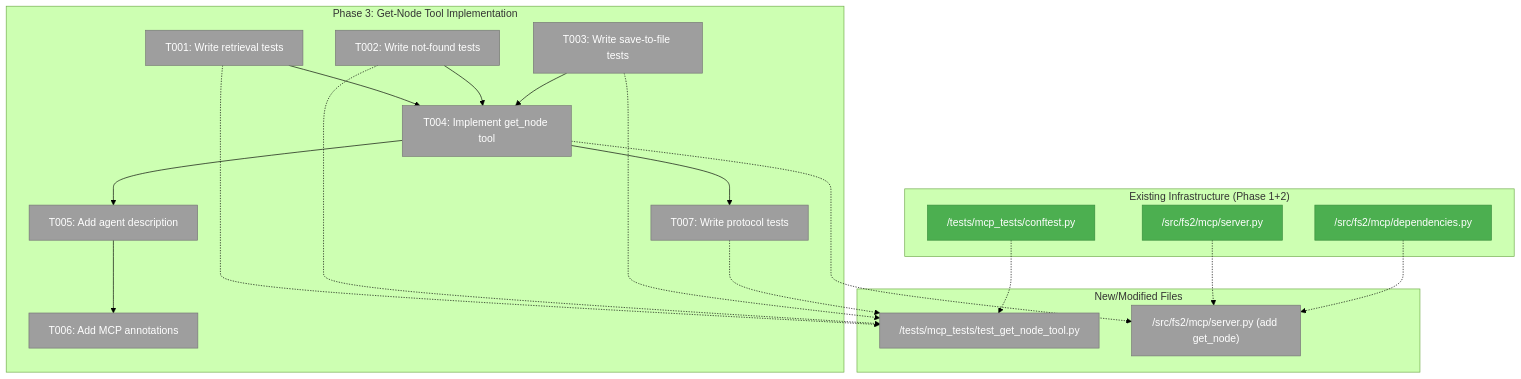
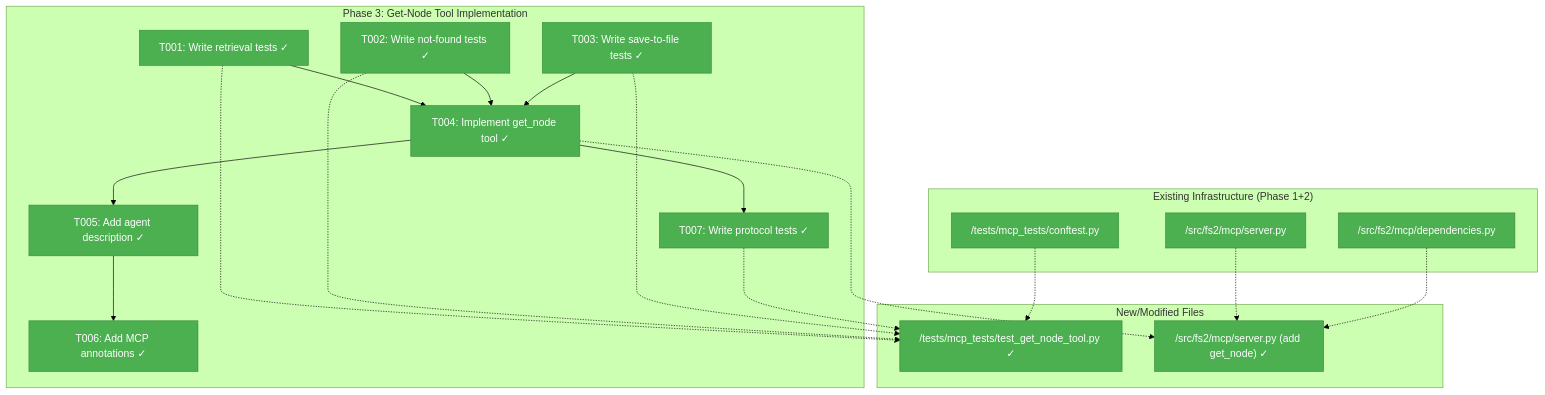
Before and after one commit to AI-Substrate/flow_squared: the first of 3 diagrams in docs/plans/011-mcp/tasks/phase-3-get-node-tool-implementation/tasks.md, drawn with Mermaid (forest theme). The commit also changed other lines of this file and 5 other files, not shown here.

First line of the commit message:
Implement Phase 3: Get-Node Tool with Full TDD Compliance

````diff
--- a/docs/plans/011-mcp/tasks/phase-3-get-node-tool-implementation/tasks.md
+++ b/docs/plans/011-mcp/tasks/phase-3-get-node-tool-implementation/tasks.md
@@ -94,44 +124,44 @@
 ```mermaid
 flowchart TD
     classDef pending fill:#9E9E9E,stroke:#757575,color:#fff
     classDef inprogress fill:#FF9800,stroke:#F57C00,color:#fff
     classDef completed fill:#4CAF50,stroke:#388E3C,color:#fff
     classDef blocked fill:#F44336,stroke:#D32F2F,color:#fff
 
     subgraph Phase3["Phase 3: Get-Node Tool Implementation"]
-        T001["T001: Write retrieval tests"]:::pending
-        T002["T002: Write not-found tests"]:::pending
-        T003["T003: Write save-to-file tests"]:::pending
-        T004["T004: Implement get_node tool"]:::pending
-        T005["T005: Add agent description"]:::pending
-        T006["T006: Add MCP annotations"]:::pending
-        T007["T007: Write protocol tests"]:::pending
+        T001["T001: Write retrieval tests ✓"]:::completed
+        T002["T002: Write not-found tests ✓"]:::completed
+        T003["T003: Write save-to-file tests ✓"]:::completed
+        T004["T004: Implement get_node tool ✓"]:::completed
+        T005["T005: Add agent description ✓"]:::completed
+        T006["T006: Add MCP annotations ✓"]:::completed
+        T007["T007: Write protocol tests ✓"]:::completed
 
         T001 --> T004
         T002 --> T004
         T003 --> T004
         T004 --> T005 --> T006
         T004 --> T007
     end
 
     subgraph Existing["Existing Infrastructure (Phase 1+2)"]
         E1["/src/fs2/mcp/server.py"]:::completed
         E2["/src/fs2/mcp/dependencies.py"]:::completed
         E3["/tests/mcp_tests/conftest.py"]:::completed
     end
 
     subgraph NewFiles["New/Modified Files"]
-        F1["/tests/mcp_tests/test_get_node_tool.py"]:::pending
-        F2["/src/fs2/mcp/server.py (add get_node)"]:::pending
+        F1["/tests/mcp_tests/test_get_node_tool.py ✓"]:::completed
+        F2["/src/fs2/mcp/server.py (add get_node) ✓"]:::completed
     end
 
     T001 -.-> F1
     T002 -.-> F1
     T003 -.-> F1
     T004 -.-> F2
     T007 -.-> F1
 
     E1 -.-> F2
     E2 -.-> F2
     E3 -.-> F1
 ```
````
